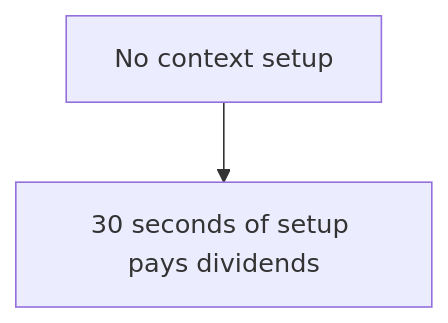
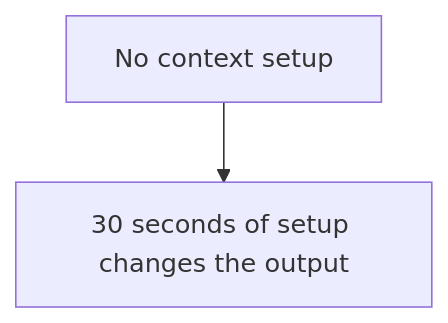
One commit to lurx/lurx-react changed the sixth of 6 diagrams in apps/rotem-is-a-dev/src/app/content/posts/agentic-ai-development-from-zero-to-hero/part-4-integrating-agents-workflow.md. Above: the diagram before and after it, drawn with Mermaid. The commit also changed other lines of this file and 5 other files, not shown here.

````diff
--- a/apps/rotem-is-a-dev/src/app/content/posts/agentic-ai-development-from-zero-to-hero/part-4-integrating-agents-workflow.md
+++ b/apps/rotem-is-a-dev/src/app/content/posts/agentic-ai-development-from-zero-to-hero/part-4-integrating-agents-workflow.md
@@ -162,4 +162,4 @@
 ```mermaid
 flowchart TB
-    T4["No context setup"] --> F4["30 seconds of setup pays dividends"]
+    T4["No context setup"] --> F4["30 seconds of setup changes the output"]
 ```
````
